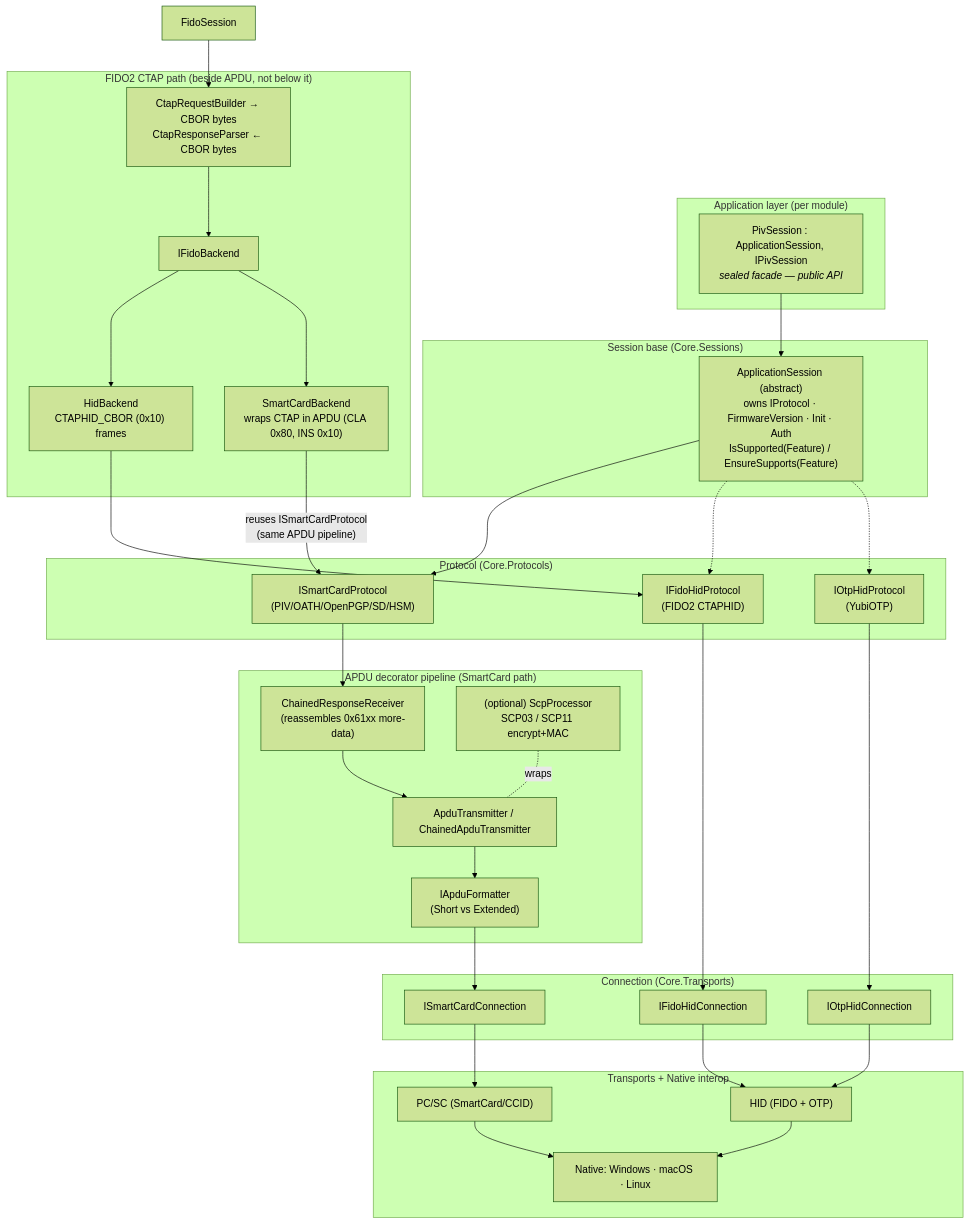
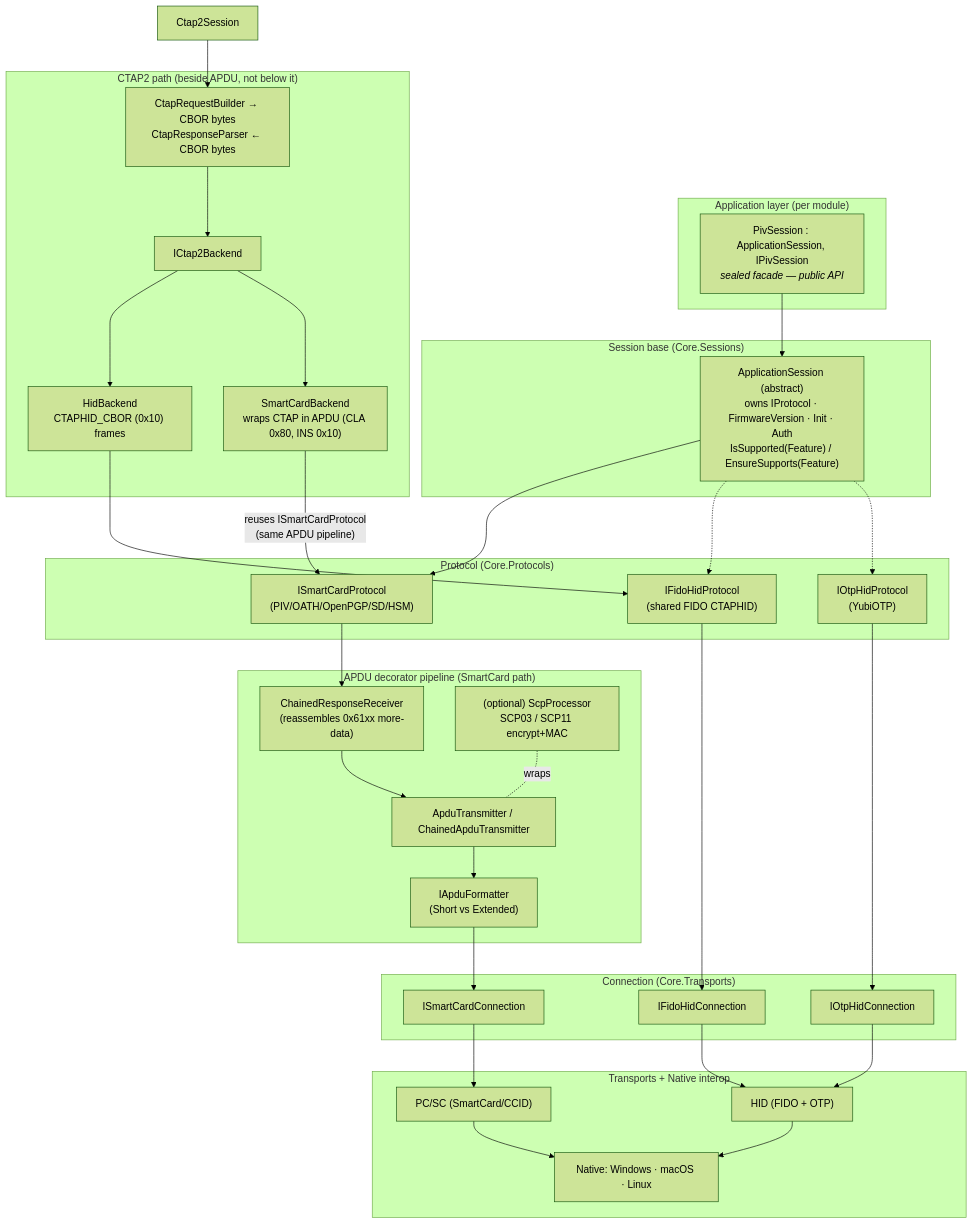
Before and after one commit to Yubico/Yubico.NET.SDK: the third of 7 diagrams in docs/architecture/sdk-architecture-diagrams.md, drawn with Mermaid (forest theme). The commit also changed other lines of this file and 535 other files, not shown here.

````diff
--- a/docs/architecture/sdk-architecture-diagrams.md
+++ b/docs/architecture/sdk-architecture-diagrams.md
@@ -92,66 +92,66 @@
 ```mermaid
 flowchart TD
     subgraph AppLayer["Application layer (per module)"]
         Sess["PivSession : ApplicationSession, IPivSession<br/><i>sealed facade — public API</i>"]
     end
 
     subgraph BaseLayer["Session base (Core.Sessions)"]
         Base["ApplicationSession (abstract)<br/>owns IProtocol · FirmwareVersion · Init · Auth<br/>IsSupported(Feature) / EnsureSupports(Feature)"]
     end
 
     subgraph ProtoLayer["Protocol (Core.Protocols)"]
         SCProto["ISmartCardProtocol<br/>(PIV/OATH/OpenPGP/SD/HSM)"]
-        FidoProto["IFidoHidProtocol<br/>(FIDO2 CTAPHID)"]
+        FidoProto["IFidoHidProtocol<br/>(shared FIDO CTAPHID)"]
         OtpProto["IOtpHidProtocol<br/>(YubiOTP)"]
     end
 
     subgraph PipeLayer["APDU decorator pipeline (SmartCard path)"]
         Recv["ChainedResponseReceiver<br/>(reassembles 0x61xx more-data)"]
         Xmit["ApduTransmitter / ChainedApduTransmitter"]
         Fmt["IApduFormatter<br/>(Short vs Extended)"]
         Scp["(optional) ScpProcessor<br/>SCP03 / SCP11 encrypt+MAC"]
         Recv --> Xmit --> Fmt
         Scp -.wraps.- Xmit
     end
 
-    subgraph CtapLayer["FIDO2 CTAP path (beside APDU, not below it)"]
+    subgraph CtapLayer["CTAP2 path (beside APDU, not below it)"]
         CborB["CtapRequestBuilder → CBOR bytes<br/>CtapResponseParser ← CBOR bytes"]
-        FBack["IFidoBackend"]
+        FBack["ICtap2Backend"]
         HidB["HidBackend<br/>CTAPHID_CBOR (0x10) frames"]
         ScB["SmartCardBackend<br/>wraps CTAP in APDU (CLA 0x80, INS 0x10)"]
         CborB --> FBack
         FBack --> HidB
         FBack --> ScB
     end
 
     subgraph ConnLayer["Connection (Core.Transports)"]
         SCConn["ISmartCardConnection"]
         FidoConn["IFidoHidConnection"]
         OtpConn["IOtpHidConnection"]
     end
 
     subgraph NativeLayer["Transports + Native interop"]
         Pcsc["PC/SC (SmartCard/CCID)"]
         Hid["HID (FIDO + OTP)"]
         Nat["Native: Windows · macOS · Linux"]
     end
 
     Sess --> Base
     Base --> SCProto
     Base -.-> FidoProto
     Base -.-> OtpProto
     SCProto --> Recv
     Fmt --> SCConn
     FidoProto --> FidoConn
     OtpProto --> OtpConn
     SCConn --> Pcsc
     FidoConn --> Hid
     OtpConn --> Hid
     Pcsc --> Nat
     Hid --> Nat
 
-    %% FIDO2 path wiring — note ScB rejoins the SmartCard pipeline
-    FidoSess["FidoSession"] --> CborB
+    %% CTAP2 path wiring — note ScB rejoins the SmartCard pipeline
+    FidoSess["Ctap2Session"] --> CborB
     ScB -->|"reuses ISmartCardProtocol<br/>(same APDU pipeline)"| SCProto
     HidB --> FidoProto
 ```
````
